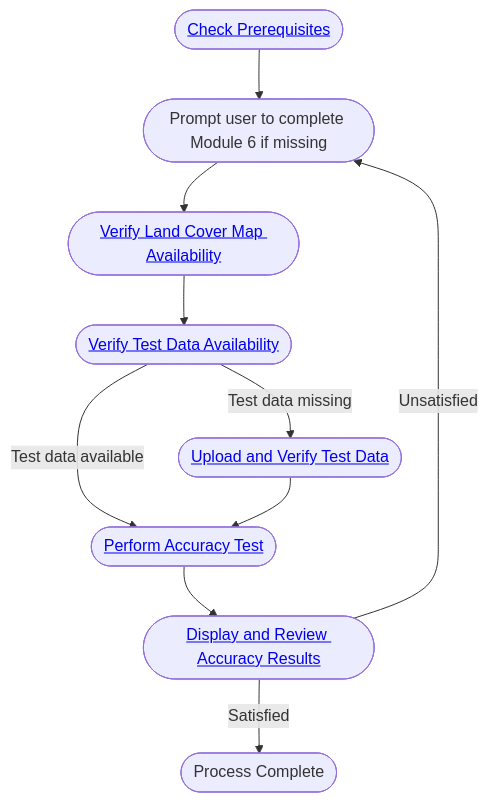
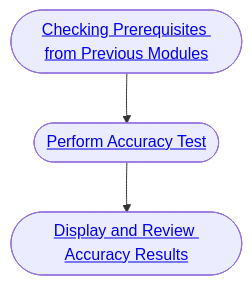
One commit to epistem-io/luma-dr changed the diagram in module07.qmd. Above: the diagram before and after it, drawn with Mermaid. The commit also changed other lines of this file and 3 other files, not shown here.

Commit message:
standardize mermaid chart

````diff
--- a/module07.qmd
+++ b/module07.qmd
@@ -33,25 +33,14 @@
 ```{mermaid}
 flowchart TD
 
 %% CHECKING PREREQUISITES
-A([<a href="#sec-checking-prerequisites">Check Prerequisites</a>])
-B([Prompt user to complete Module 6 if missing])
+A([<a href="#sec-checking-prerequisites-from-previous-modules">Checking Prerequisites from Previous Modules</a>])
+
+%% THEMATIC ACCURACY ASSESSMENT
+B([<a href="#sec-perform-accuracy-test">Perform Accuracy Test</a>])
+C([<a href="#sec-display-and-review-accuracy-results">Display and Review Accuracy Results</a>])
 
 A --> B
+B --> C
 
-%% THEMATIC ACCURACY ASSESSMENT
-C([<a href="#sec-verify-land-cover-map-availability">Verify Land Cover Map Availability</a>])
-D([<a href="#sec-verify-test-data-availability">Verify Test Data Availability</a>])
-E([<a href="#sec-upload-and-verify-test-data">Upload and Verify Test Data</a>])
-F([<a href="#sec-perform-accuracy-test">Perform Accuracy Test</a>])
-G([<a href="#sec-display-and-review-accuracy-results">Display and Review Accuracy Results</a>])
-
-B --> C
-C --> D
-D -->|Test data available| F
-D -->|Test data missing| E
-E --> F
-F --> G
-G -->|Satisfied| H([Process Complete])
-G -->|Unsatisfied| B
 ```
````
